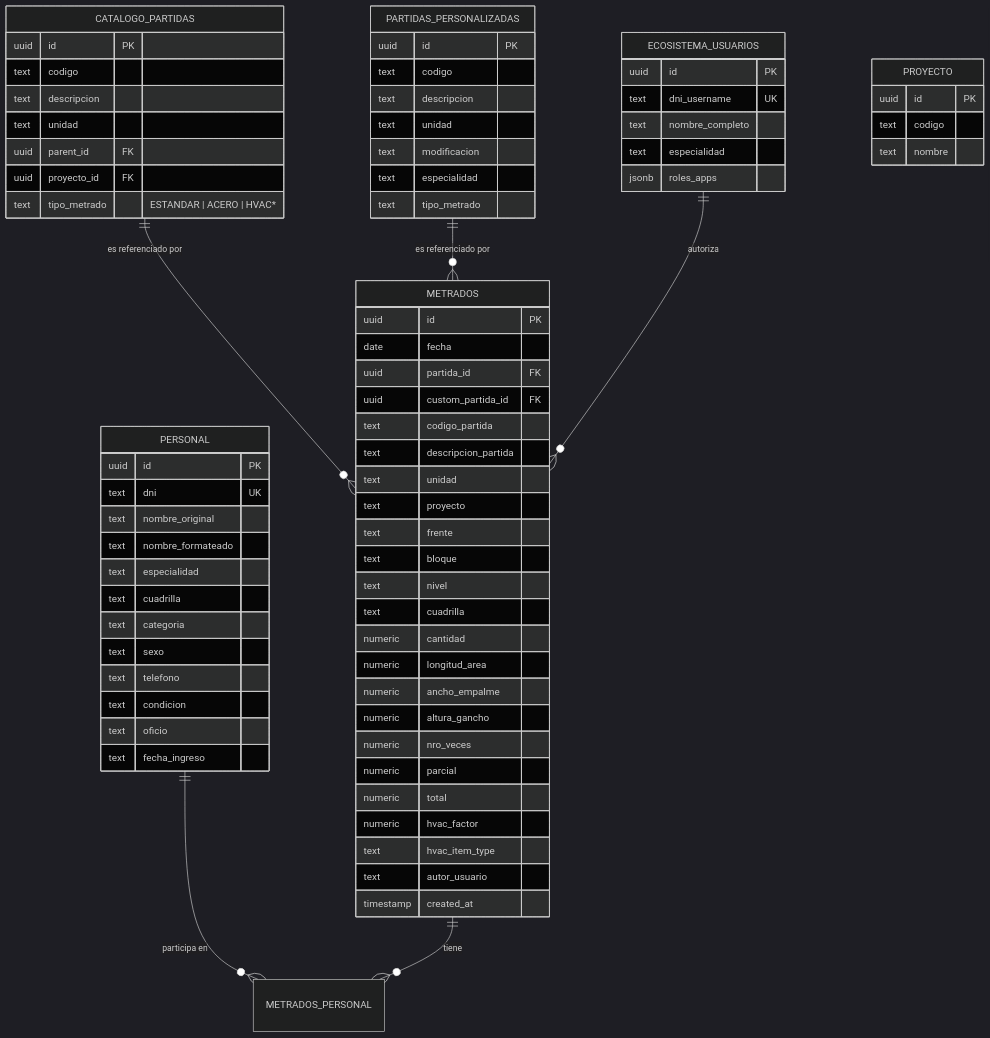
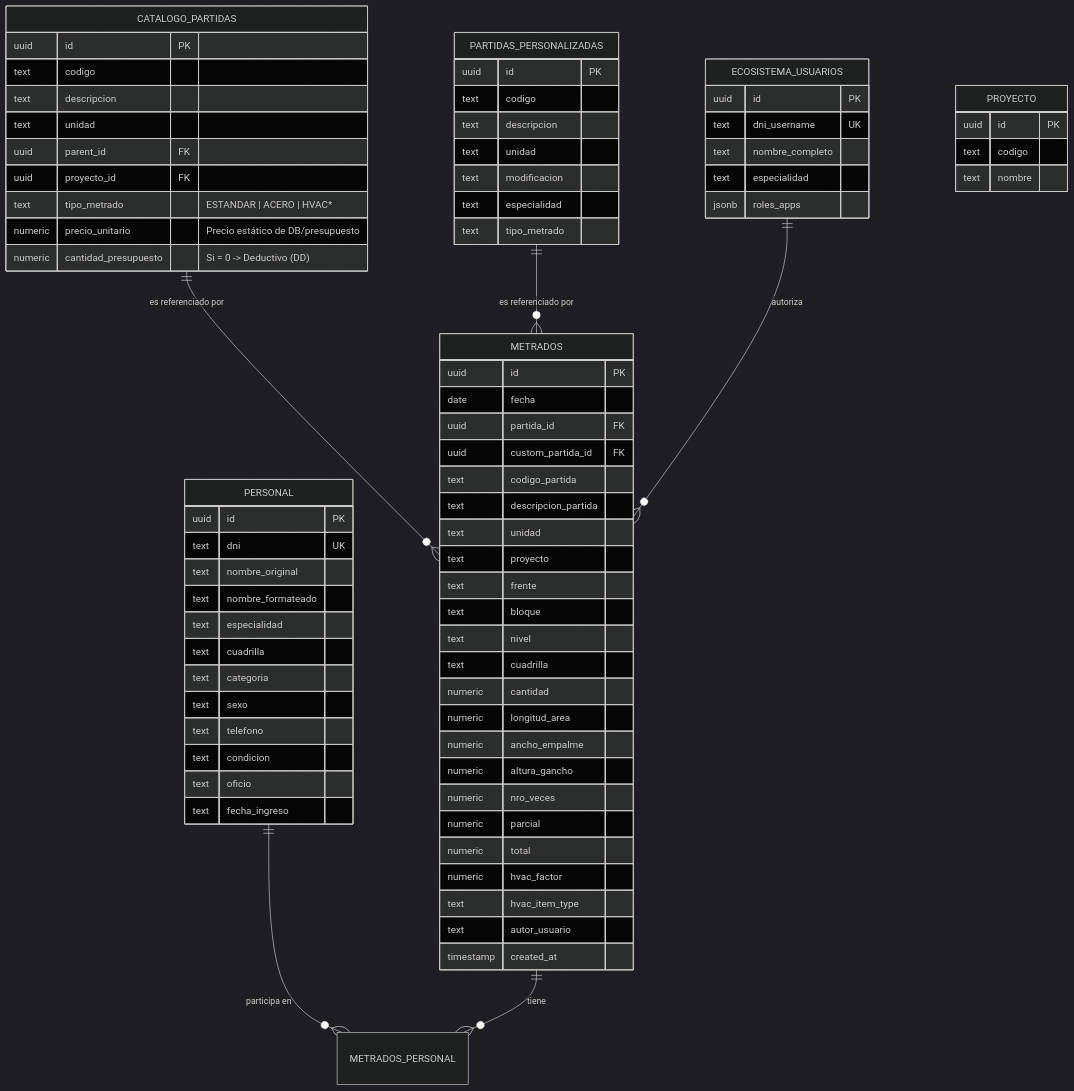
Before and after one commit to JorgeCusco/3_Entregable_web_buscador_de_metrados: the diagram in SQL_Architecture_Master_Guide.md, drawn with Mermaid (dark theme). The commit also changed other lines of this file and 9 other files, not shown here.

Commit message:
feat: implementacion precio unitario y cantidad presupuesto con deducciones

```diff
--- a/SQL_Architecture_Master_Guide.md
+++ b/SQL_Architecture_Master_Guide.md
@@ -49,6 +49,8 @@
         uuid parent_id FK
         uuid proyecto_id FK
         text tipo_metrado "ESTANDAR | ACERO | HVAC*"
+        numeric precio_unitario "Precio estático de DB/presupuesto"
+        numeric cantidad_presupuesto "Si = 0 -> Deductivo (DD)"
     }
   
     METRADOS {
```
